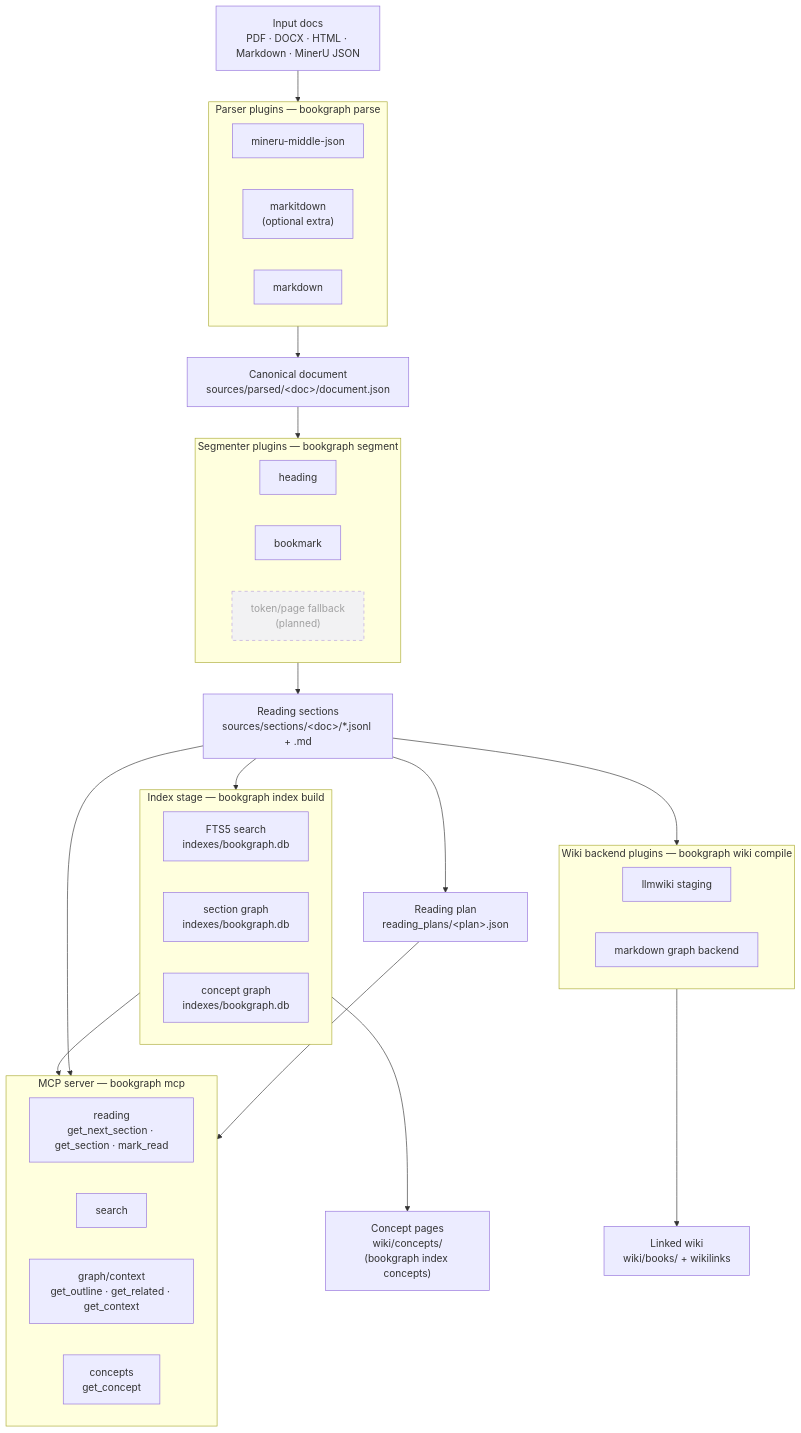
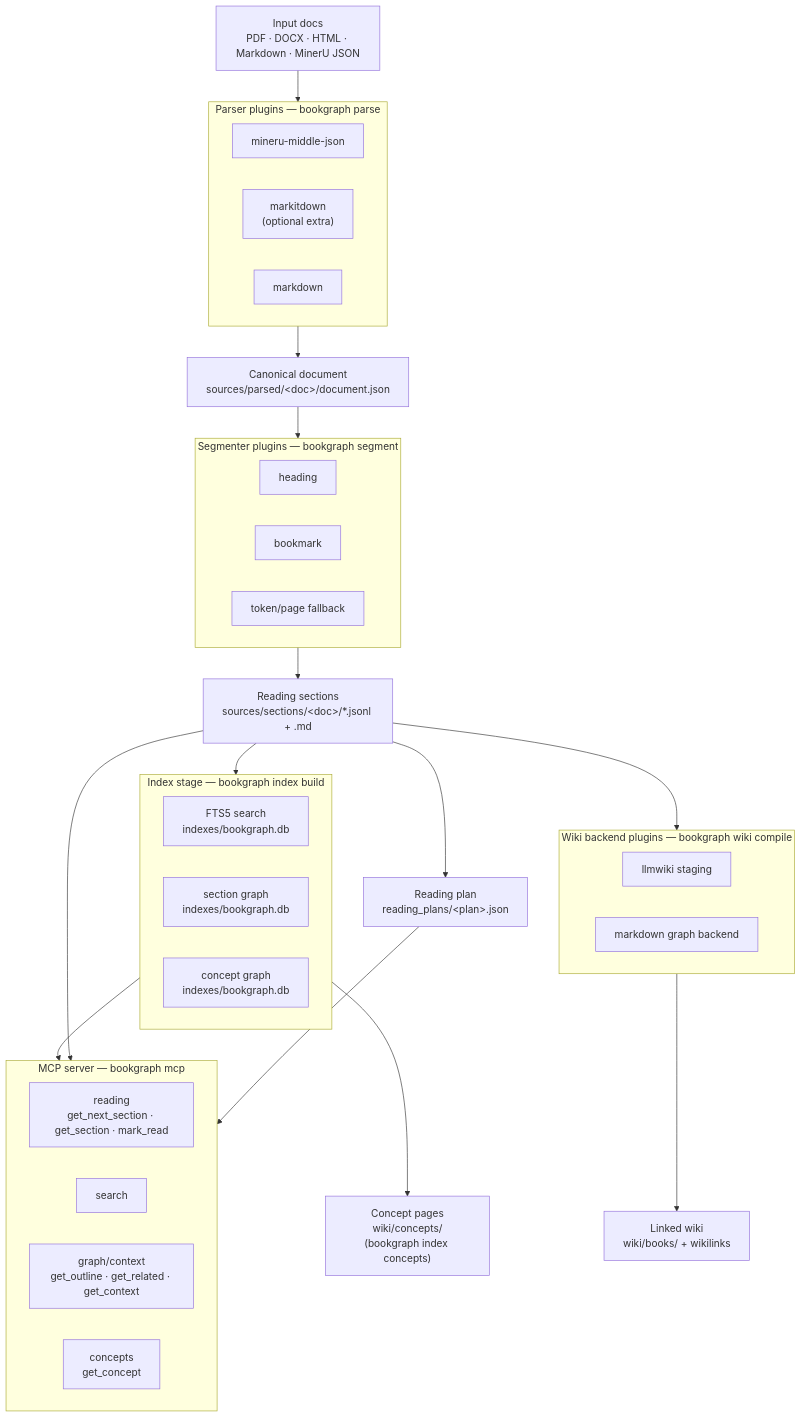
The diagram in README.md (chimeyrock999/bookgraph), drawn with Mermaid before and after one commit. The commit also changed other lines of this file and 8 other files, not shown here.

First line of the commit message:
feat: add token-page fallback segmenter (#22)

````diff
--- a/README.md
+++ b/README.md
@@ -16,59 +16,58 @@
 ```mermaid
 flowchart TD
     docs["Input docs<br/>PDF · DOCX · HTML · Markdown · MinerU JSON"]
 
     docs --> P
 
     subgraph P["Parser plugins — bookgraph parse"]
         direction LR
         P1["mineru-middle-json"]
         P2["markitdown<br/>(optional extra)"]
         P3["markdown"]
     end
 
     P --> DOC["Canonical document<br/>sources/parsed/&lt;doc&gt;/document.json"]
     DOC --> S
 
     subgraph S["Segmenter plugins — bookgraph segment"]
         direction LR
         S1["heading"]
         S2["bookmark"]
-        S3["token/page fallback<br/>(planned)"]:::planned
+        S3["token/page fallback"]
     end
 
     S --> SEC["Reading sections<br/>sources/sections/&lt;doc&gt;/*.jsonl + .md"]
 
     SEC --> IDX
     SEC --> RP["Reading plan<br/>reading_plans/&lt;plan&gt;.json"]
     SEC --> W
 
     subgraph IDX["Index stage — bookgraph index build"]
         direction LR
         IDX1["FTS5 search<br/>indexes/bookgraph.db"]
         IDX2["section graph<br/>indexes/bookgraph.db"]
         IDX3["concept graph<br/>indexes/bookgraph.db"]
     end
 
     subgraph W["Wiki backend plugins — bookgraph wiki compile"]
         direction LR
         W1["llmwiki staging"]
         W2["markdown graph backend"]
     end
 
     W --> WIKI["Linked wiki<br/>wiki/books/ + wikilinks"]
     IDX --> WIKIC["Concept pages<br/>wiki/concepts/<br/>(bookgraph index concepts)"]
 
     IDX --> MCP
     SEC --> MCP
     RP --> MCP
 
     subgraph MCP["MCP server — bookgraph mcp"]
         direction LR
         MCP1["reading<br/>get_next_section · get_section · mark_read"]
         MCP2["search"]
         MCP3["graph/context<br/>get_outline · get_related · get_context"]
         MCP4["concepts<br/>get_concept"]
     end
 
-    classDef planned stroke-dasharray:5,opacity:0.65;
 ```
````
